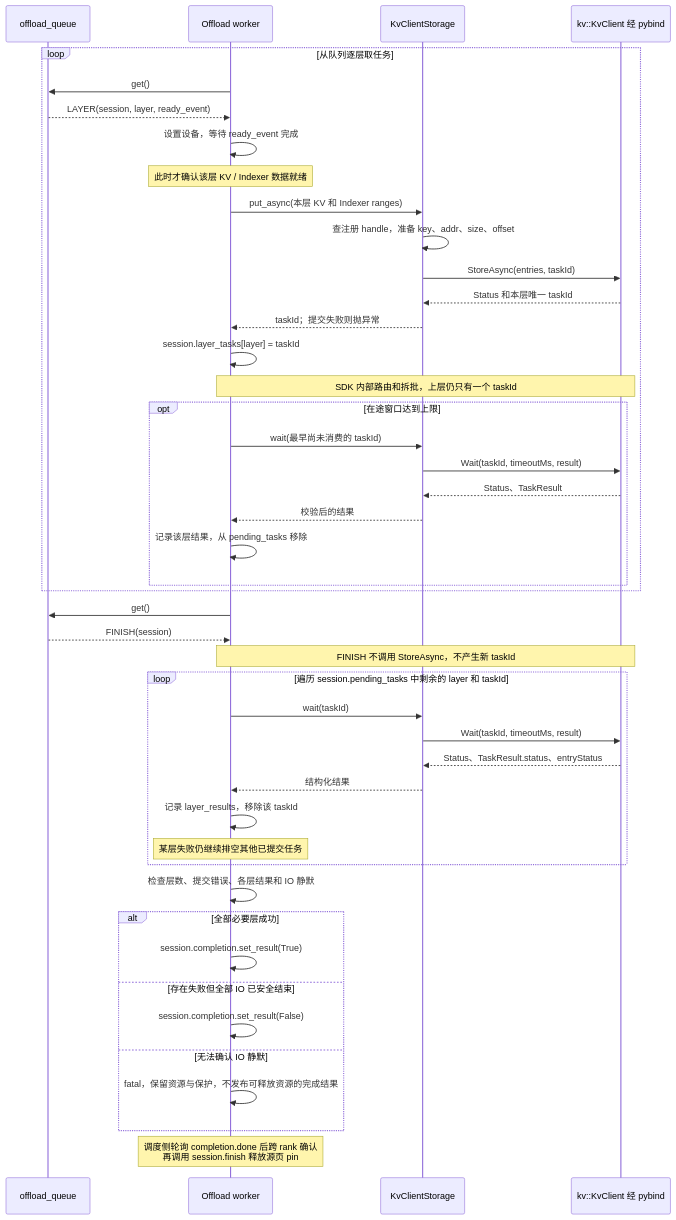
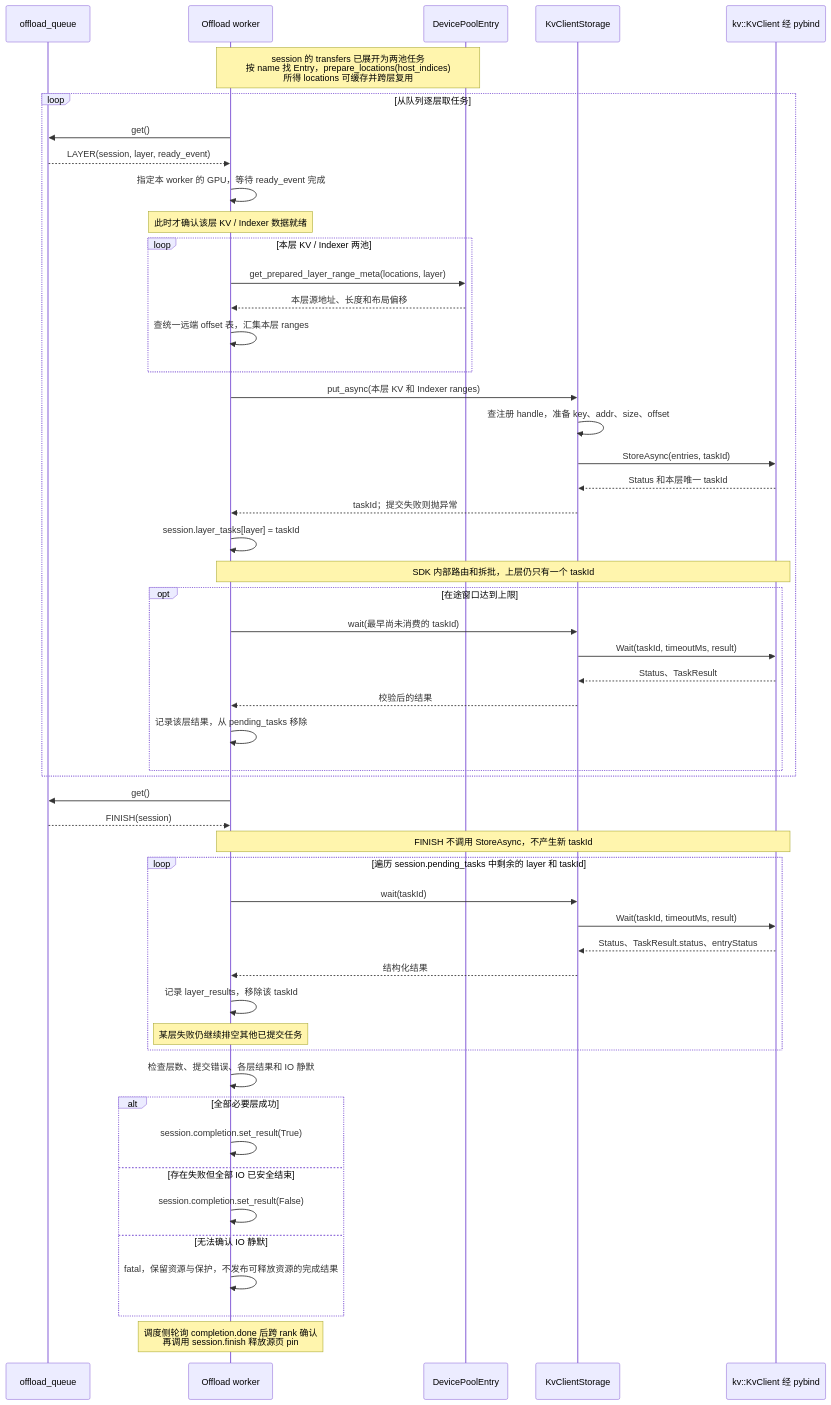
One commit to yuanzhg078/sglang changed diagram 23 of 27 in kv_client_linker_backend_design.md. Above: the diagram before and after it, drawn with Mermaid. The commit also changed other lines of this file and 1 other file, not shown here.

````diff
--- a/kv_client_linker_backend_design.md
+++ b/kv_client_linker_backend_design.md
@@ -853,47 +1229,54 @@
 ```mermaid
 sequenceDiagram
     participant Q as offload_queue
     participant B as Offload worker
+    participant E as DevicePoolEntry
     participant S as KvClientStorage
     participant K as kv::KvClient 经 pybind
+    Note over B,E: session 的 transfers 已展开为两池任务<br/>按 name 找 Entry，prepare_locations(host_indices)<br/>所得 locations 可缓存并跨层复用
     loop 从队列逐层取任务
         B->>Q: get()
         Q-->>B: LAYER(session, layer, ready_event)
-        B->>B: 设置设备，等待 ready_event 完成
+        B->>B: 指定本 worker 的 GPU，等待 ready_event 完成
         Note over B: 此时才确认该层 KV / Indexer 数据就绪
+        loop 本层 KV / Indexer 两池
+            B->>E: get_prepared_layer_range_meta(locations, layer)
+            E-->>B: 本层源地址、长度和布局偏移
+            B->>B: 查统一远端 offset 表，汇集本层 ranges
+        end
         B->>S: put_async(本层 KV 和 Indexer ranges)
         S->>S: 查注册 handle，准备 key、addr、size、offset
         S->>K: StoreAsync(entries, taskId)
         K-->>S: Status 和本层唯一 taskId
         S-->>B: taskId；提交失败则抛异常
         B->>B: session.layer_tasks[layer] = taskId
         Note over B,K: SDK 内部路由和拆批，上层仍只有一个 taskId
         opt 在途窗口达到上限
             B->>S: wait(最早尚未消费的 taskId)
             S->>K: Wait(taskId, timeoutMs, result)
             K-->>S: Status、TaskResult
             S-->>B: 校验后的结果
             B->>B: 记录该层结果，从 pending_tasks 移除
         end
     end
     B->>Q: get()
     Q-->>B: FINISH(session)
     Note over B,K: FINISH 不调用 StoreAsync，不产生新 taskId
     loop 遍历 session.pending_tasks 中剩余的 layer 和 taskId
         B->>S: wait(taskId)
         S->>K: Wait(taskId, timeoutMs, result)
         K-->>S: Status、TaskResult.status、entryStatus
         S-->>B: 结构化结果
         B->>B: 记录 layer_results，移除该 taskId
         Note over B: 某层失败仍继续排空其他已提交任务
     end
     B->>B: 检查层数、提交错误、各层结果和 IO 静默
     alt 全部必要层成功
         B->>B: session.completion.set_result(True)
     else 存在失败但全部 IO 已安全结束
         B->>B: session.completion.set_result(False)
     else 无法确认 IO 静默
         B->>B: fatal，保留资源与保护，不发布可释放资源的完成结果
     end
     Note over B: 调度侧轮询 completion.done 后跨 rank 确认<br/>再调用 session.finish 释放源页 pin
 ```
````
